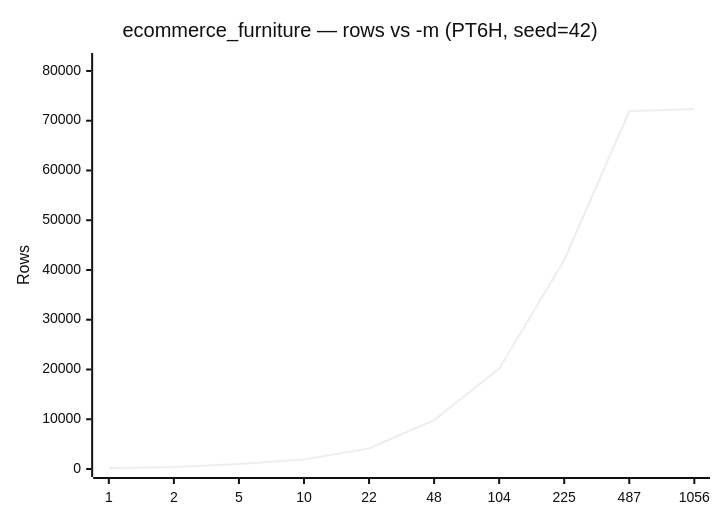
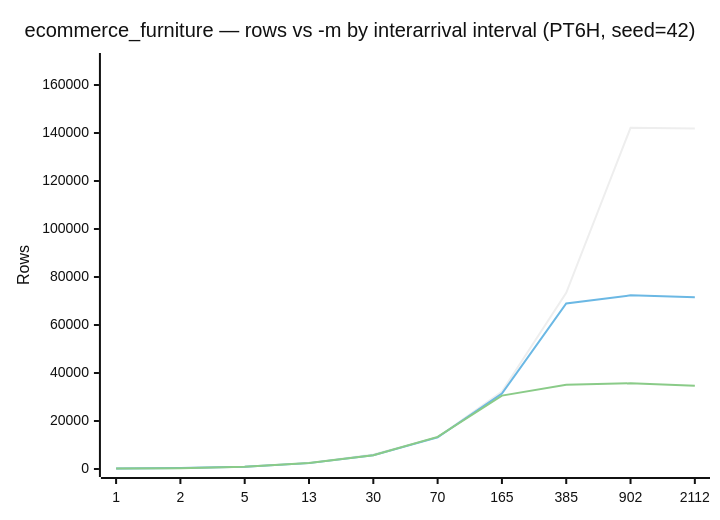
The fifth of 5 diagrams in docs/presets/ecommerce_furniture.md (implydata/imply-eventgenerator), drawn with Mermaid (neutral theme) before and after one commit. The commit also changed other lines of this file and 10 other files, not shown here.

````diff
--- a/docs/presets/ecommerce_furniture.md
+++ b/docs/presets/ecommerce_furniture.md
@@ -205,7 +207,9 @@
 ```mermaid
 xychart-beta
-    title "ecommerce_furniture — rows vs -m (PT6H, seed=42)"
-    x-axis [1, 2, 5, 10, 22, 48, 104, 225, 487, 1056]
-    y-axis "Rows" 0 --> 82000
-    line [178, 393, 1002, 1889, 4125, 9817, 20167, 42012, 71882, 72343]
+    title "ecommerce_furniture — rows vs -m by interarrival interval (PT6H, seed=42)"
+    x-axis [1, 2, 5, 13, 30, 70, 165, 385, 902, 2112]
+    y-axis "Rows" 0 --> 170000
+    line [181, 386, 936, 2551, 6089, 13230, 32248, 73385, 142163, 141907]
+    line [181, 381, 968, 2448, 5718, 13162, 31399, 68947, 72369, 71584]
+    line [183, 361, 909, 2475, 5702, 13362, 30590, 35131, 35711, 34668]
 ```
````
